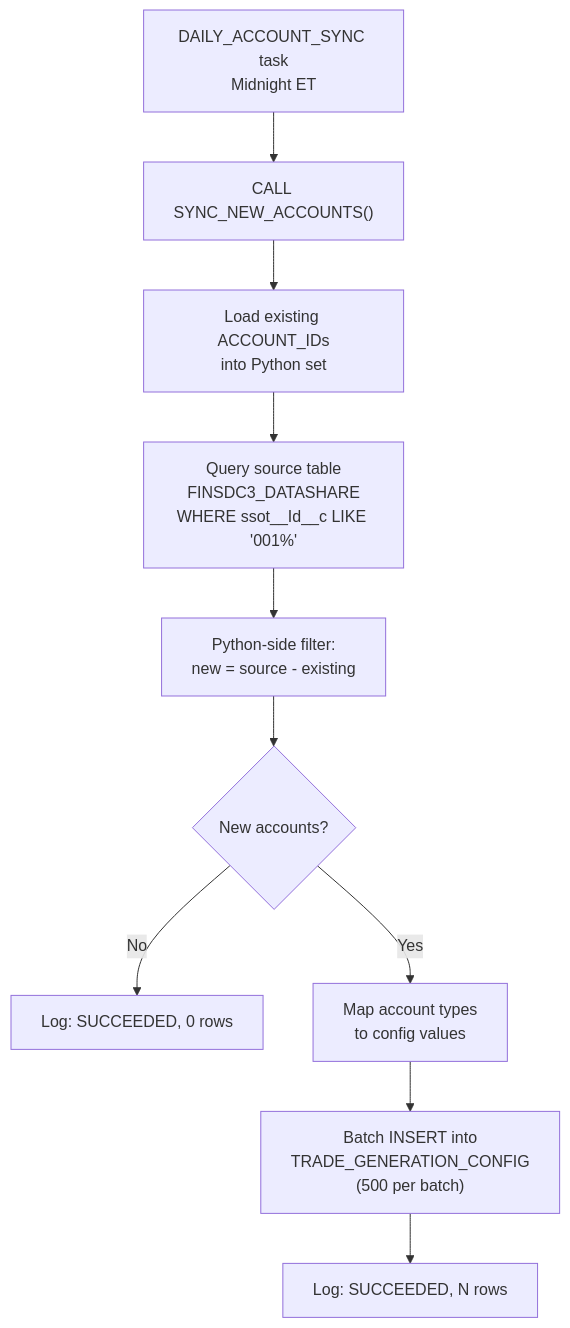
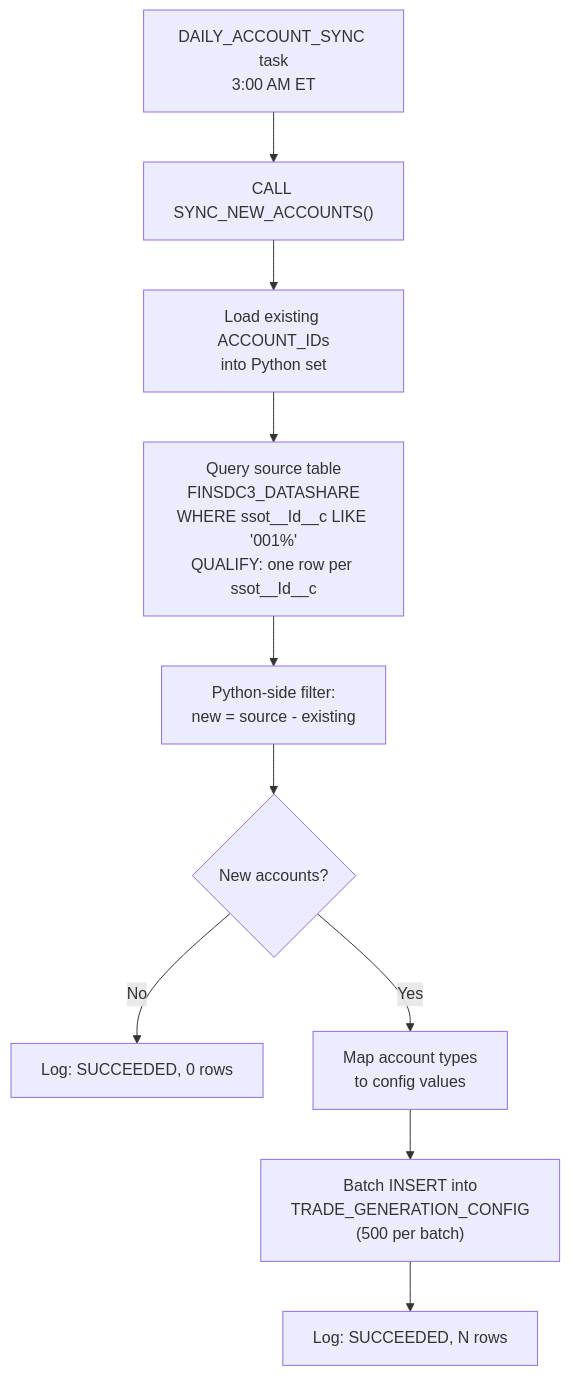
The diagram in Financial_Trades_Generation/docs/account_sync.md (josers18/JDO), drawn with Mermaid before and after one commit. The commit also changed other lines of this file and 103 other files, not shown here.

````diff
--- a/Financial_Trades_Generation/docs/account_sync.md
+++ b/Financial_Trades_Generation/docs/account_sync.md
@@ -41,12 +41,12 @@
 ```mermaid
 graph TD
-    A["DAILY_ACCOUNT_SYNC task<br/>Midnight ET"] --> B["CALL SYNC_NEW_ACCOUNTS()"]
+    A["DAILY_ACCOUNT_SYNC task<br/>3:00 AM ET"] --> B["CALL SYNC_NEW_ACCOUNTS()"]
     B --> C["Load existing ACCOUNT_IDs<br/>into Python set"]
-    C --> D["Query source table<br/>FINSDC3_DATASHARE<br/>WHERE ssot__Id__c LIKE '001%'"]
+    C --> D["Query source table<br/>FINSDC3_DATASHARE<br/>WHERE ssot__Id__c LIKE '001%'<br/>QUALIFY: one row per ssot__Id__c"]
     D --> E["Python-side filter:<br/>new = source - existing"]
     E --> F{New accounts?}
     F -->|No| G["Log: SUCCEEDED, 0 rows"]
     F -->|Yes| H["Map account types<br/>to config values"]
     H --> I["Batch INSERT into<br/>TRADE_GENERATION_CONFIG<br/>(500 per batch)"]
     I --> J["Log: SUCCEEDED, N rows"]
 ```
````
